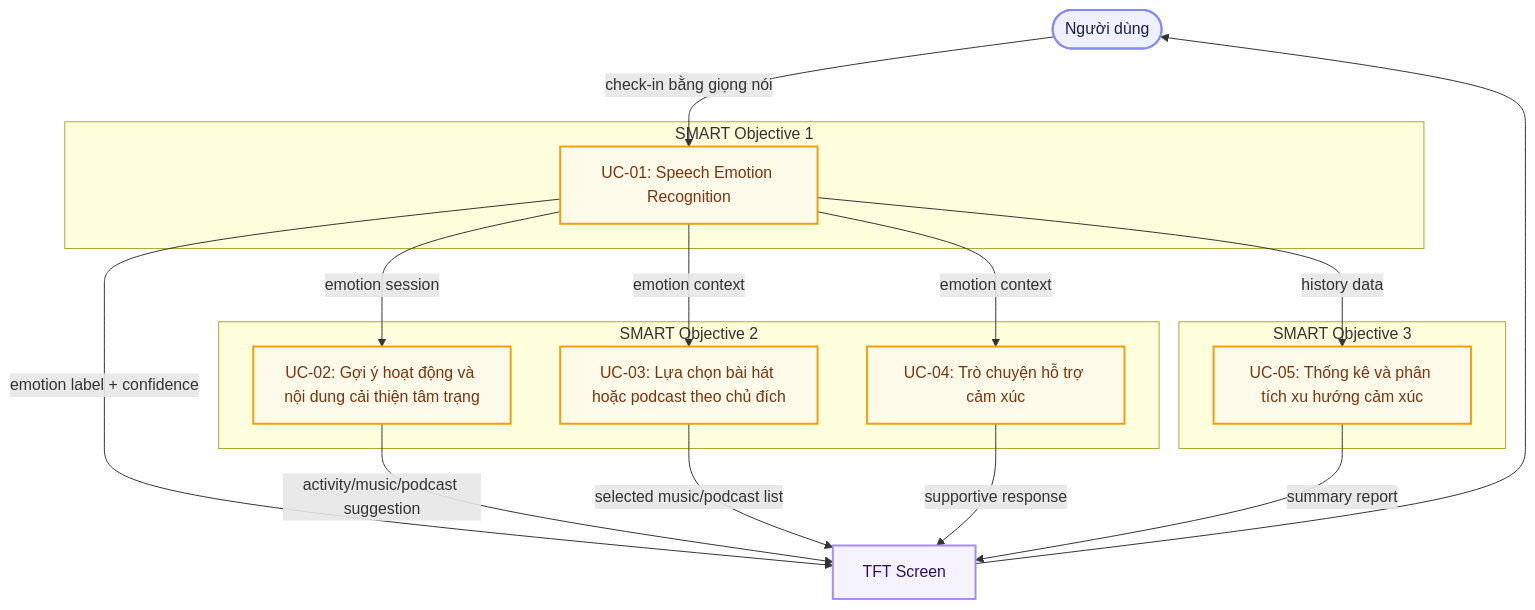
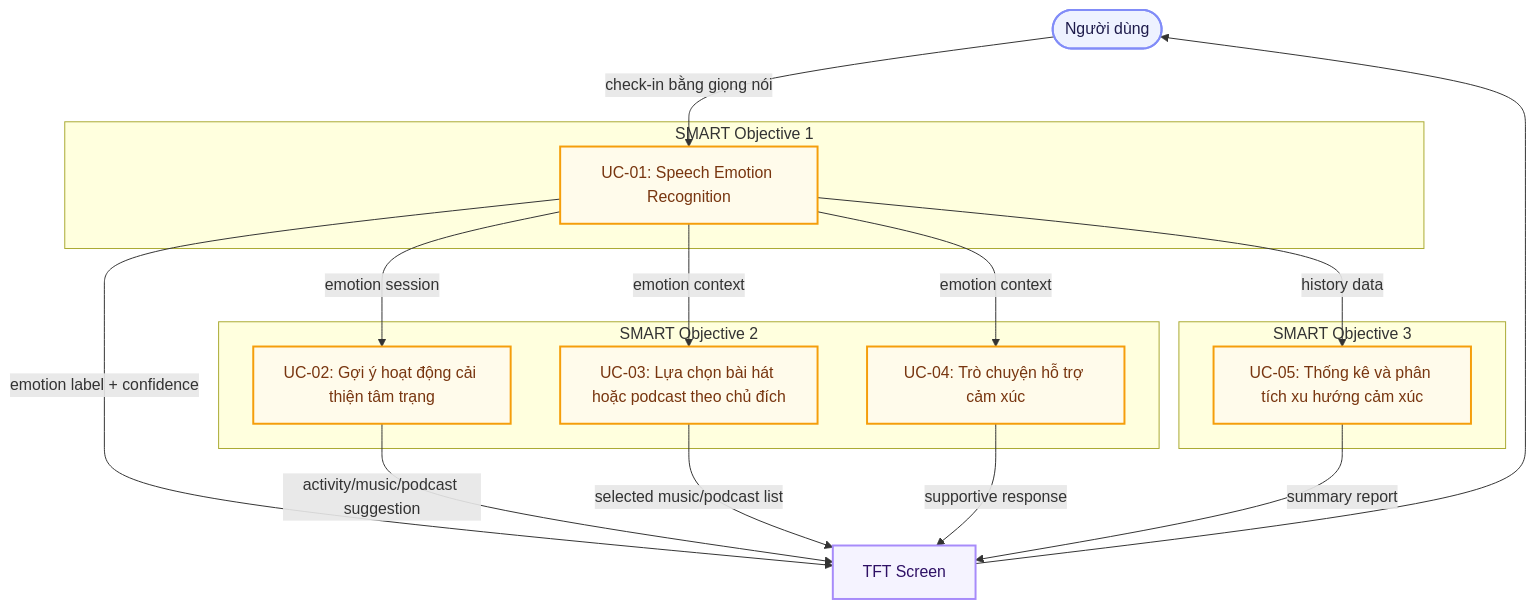
One commit to Computer-Vision-HCMUS/AIoT-Server changed the first of 6 diagrams in docs/Spectification/EmotiCareAIoT/03_Objectives.md. Above: the diagram before and after it, drawn with Mermaid. The commit also changed other lines of this file and 19 other files, not shown here.

First line of the commit message:
Refactor EmotiCare AIoT schema and documentation

````diff
--- a/docs/Spectification/EmotiCareAIoT/03_Objectives.md
+++ b/docs/Spectification/EmotiCareAIoT/03_Objectives.md
@@ -25,42 +33,42 @@
 ```mermaid
 flowchart TD
     User(["Người dùng"])
     TFT["TFT Screen"]
 
     subgraph O1["SMART Objective 1"]
         UC1["UC-01: Speech Emotion Recognition"]
     end
 
     subgraph O2["SMART Objective 2"]
-        UC2["UC-02: Gợi ý hoạt động và nội dung cải thiện tâm trạng"]
+        UC2["UC-02: Gợi ý hoạt động cải thiện tâm trạng"]
         UC3["UC-03: Lựa chọn bài hát hoặc podcast theo chủ đích"]
         UC4["UC-04: Trò chuyện hỗ trợ cảm xúc"]
     end
 
     subgraph O3["SMART Objective 3"]
         UC5["UC-05: Thống kê và phân tích xu hướng cảm xúc"]
     end
 
     User -->|"check-in bằng giọng nói"| UC1
     UC1 -->|"emotion label + confidence"| TFT
     UC1 -->|"emotion session"| UC2
     UC1 -->|"emotion context"| UC3
     UC1 -->|"emotion context"| UC4
     UC1 -->|"history data"| UC5
     UC2 -->|"activity/music/podcast suggestion"| TFT
     UC3 -->|"selected music/podcast list"| TFT
     UC4 -->|"supportive response"| TFT
     UC5 -->|"summary report"| TFT
     TFT --> User
 
 
     classDef userNode stroke:#818cf8,fill:#eef2ff,stroke-width:2px,color:#1e1b4b
     classDef edgeNode stroke:#a78bfa,fill:#f5f3ff,stroke-width:2px,color:#2e1065
     classDef cacheNode stroke:#2dd4bf,fill:#f0fdfa,stroke-width:2px,color:#0d5a57
     classDef cloudNode stroke:#38bdf8,fill:#f0f9ff,stroke-width:2px,color:#0c3d67
     classDef serviceNode stroke:#4ade80,fill:#f0fdf4,stroke-width:2px,color:#1a3a1a
     classDef actionNode stroke:#f59e0b,fill:#fffbeb,stroke-width:2px,color:#78350f
     class User userNode
     class TFT edgeNode
     class UC1,UC2,UC3,UC4,UC5 actionNode
 ```
````
